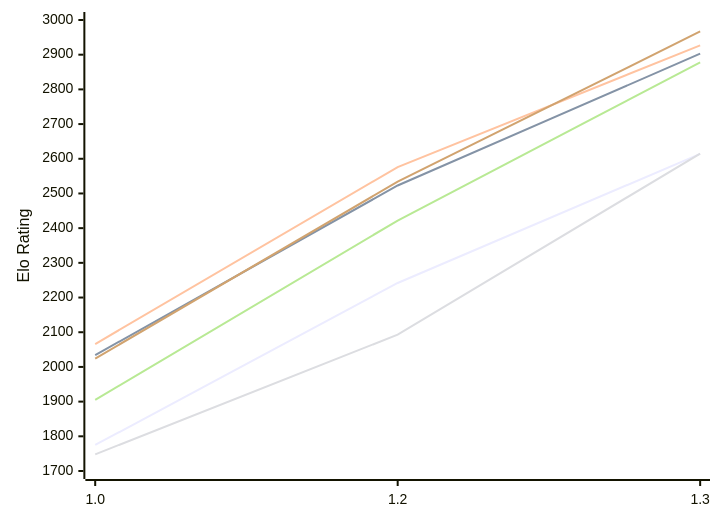
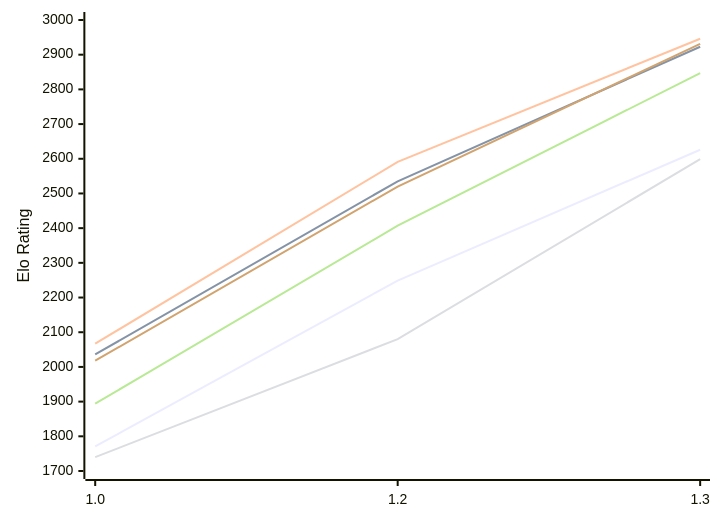
The first of 2 diagrams in engines/Echekinator.md (computer-chess-index/cci), drawn with Mermaid before and after one commit. The commit also changed other lines of this file, not shown here.

Commit message:
Update CCI Ratings (ELO VLTC) - 2026-11-14

````diff
--- a/engines/Echekinator.md
+++ b/engines/Echekinator.md
@@ -52,12 +52,12 @@
 ```mermaid
 %%{init: {"theme":"base","themeVariables":{"seriesColors:['#a3a3a3','#222221','#faa371']}}}%%
 xychart-beta
   x-axis ["1.0", "1.2", "1.3"]
   y-axis "Elo Rating" 1700 --> 3000
-  line "E1: STC (8.0+0.08s)" [1775, 2242, 2614]
-  line "E1: LTC (60.0+0.60s)" [2034, 2523, 2903]
-  line "E1: VLTC (2m24s+1.12s)" [2066, 2576, 2927]
-  line "P1: STC (8.0+0.08s)" [1748, 2093, 2615]
-  line "P1: LTC (60.0+0.60s)" [1905, 2422, 2878]
-  line "P1: VLTC (2m24s+1.12s)" [2024, 2534, 2967]
+  line "E1: STC (8.0+0.08s)" [1771, 2249, 2626]
+  line "E1: LTC (60.0+0.60s)" [2036, 2535, 2923]
+  line "E1: VLTC (2m24s+1.12s)" [2067, 2591, 2946]
+  line "P1: STC (8.0+0.08s)" [1740, 2080, 2599]
+  line "P1: LTC (60.0+0.60s)" [1894, 2407, 2847]
+  line "P1: VLTC (2m24s+1.12s)" [2018, 2520, 2931]
 ```
````
